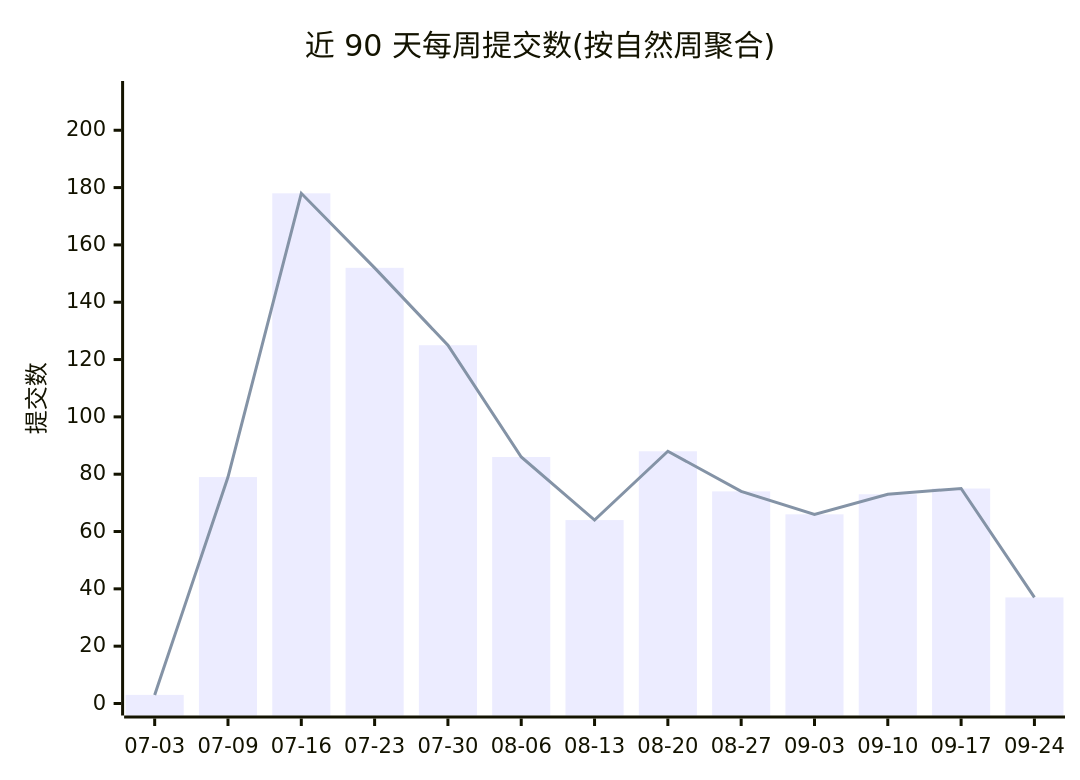
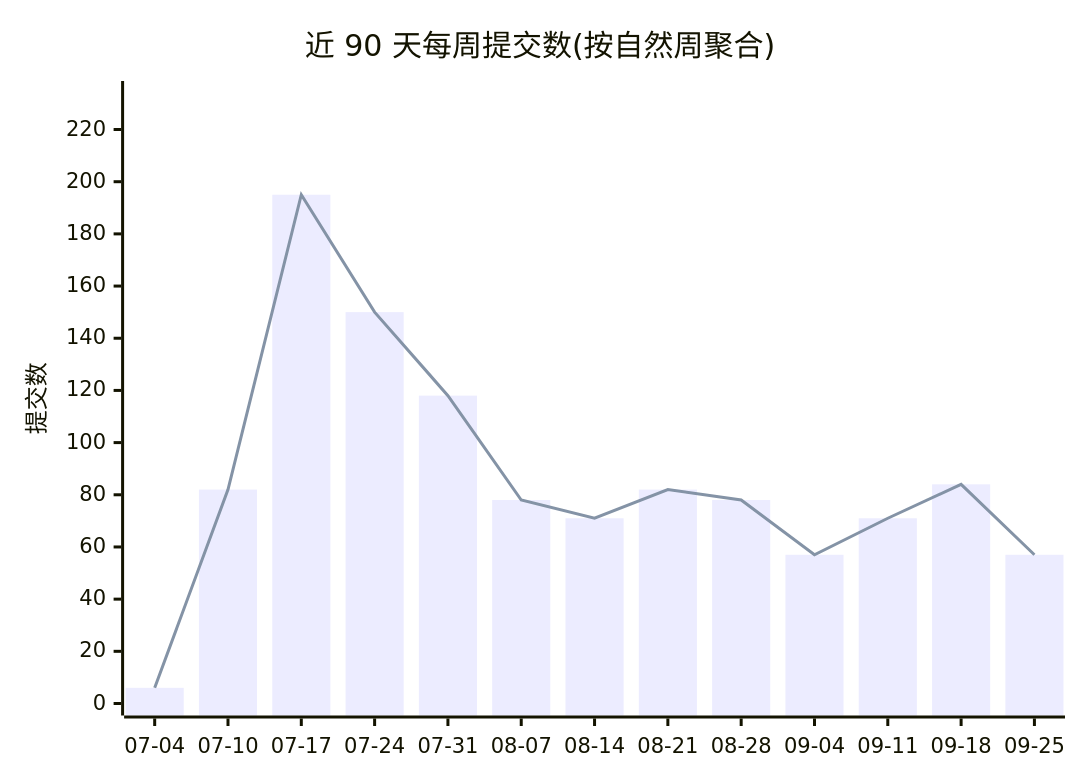
The first of 2 diagrams in profile/README.md (Conflux-Union/.github), drawn with Mermaid before and after one commit. The commit also changed other lines of this file and 1 other file, not shown here.

````diff
--- a/profile/README.md
+++ b/profile/README.md
@@ -44,8 +44,8 @@
 ```mermaid
 xychart-beta
     title "近 90 天每周提交数(按自然周聚合)"
-    x-axis ["07-03", "07-09", "07-16", "07-23", "07-30", "08-06", "08-13", "08-20", "08-27", "09-03", "09-10", "09-17", "09-24"]
-    y-axis "提交数" 0 --> 213
-    bar [3, 79, 178, 152, 125, 86, 64, 88, 74, 66, 73, 75, 37]
-    line [3, 79, 178, 152, 125, 86, 64, 88, 74, 66, 73, 75, 37]
+    x-axis ["07-04", "07-10", "07-17", "07-24", "07-31", "08-07", "08-14", "08-21", "08-28", "09-04", "09-11", "09-18", "09-25"]
+    y-axis "提交数" 0 --> 234
+    bar [6, 82, 195, 150, 118, 78, 71, 82, 78, 57, 71, 84, 57]
+    line [6, 82, 195, 150, 118, 78, 71, 82, 78, 57, 71, 84, 57]
 ```
````
